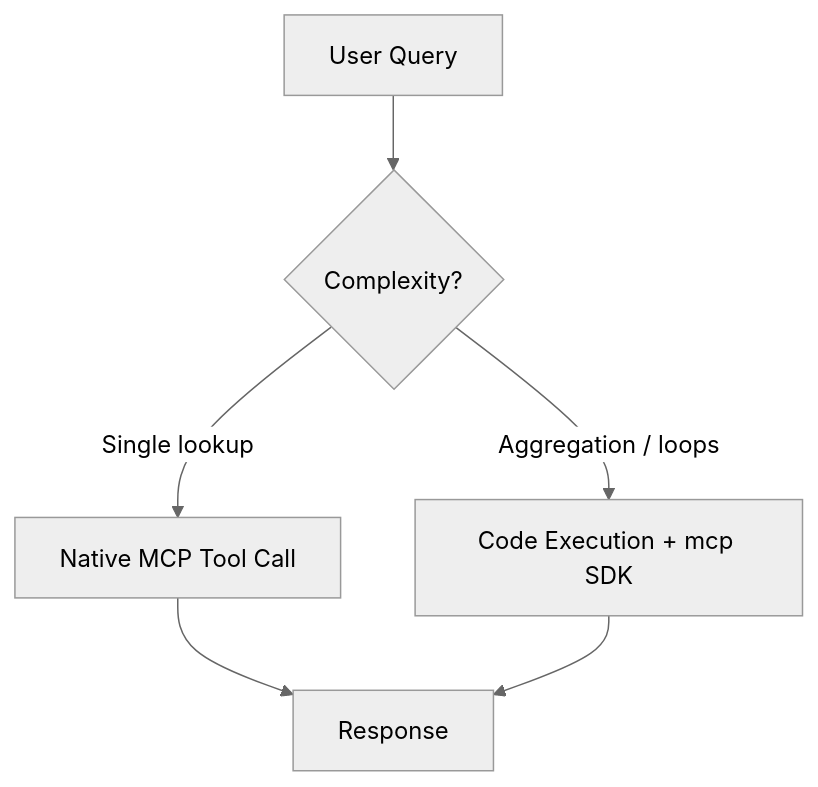
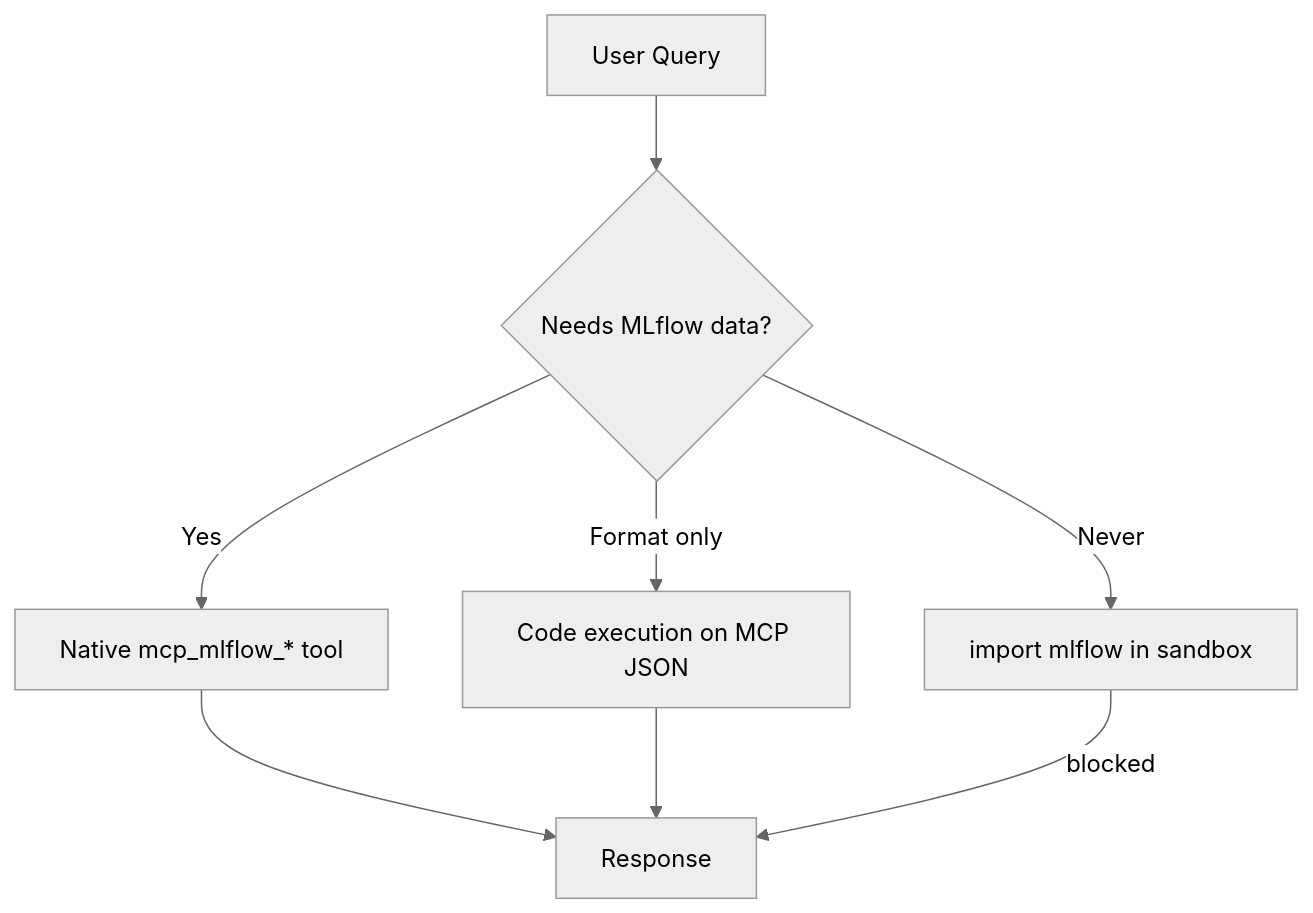
One commit to rrbanda/agent-lens changed the third of 4 diagrams in docs/architecture.md. Above: the diagram before and after it, drawn with Mermaid. The commit also changed other lines of this file and 35 other files, not shown here.

First line of the commit message:
chore: official MLflow MCP only — prune FastMCP and fix product messaging

````diff
--- a/docs/architecture.md
+++ b/docs/architecture.md
@@ -132,9 +113,11 @@
 ```mermaid
 %%{init: {'theme': 'neutral'}}%%
 flowchart TD
-    Q[User Query] --> D{Complexity?}
-    D -->|Single lookup| N[Native MCP Tool Call]
-    D -->|Aggregation / loops| C[Code Execution + mcp SDK]
+    Q[User Query] --> D{Needs MLflow data?}
+    D -->|Yes| N[Native mcp_mlflow_* tool]
+    D -->|Format only| C[Code execution on MCP JSON]
     N --> R[Response]
     C --> R
+    D -->|Never| X[import mlflow in sandbox]
+    X -->|blocked| R
 ```
````
